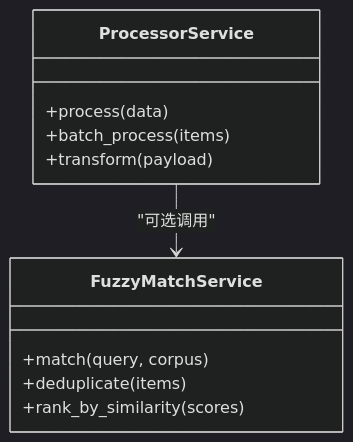
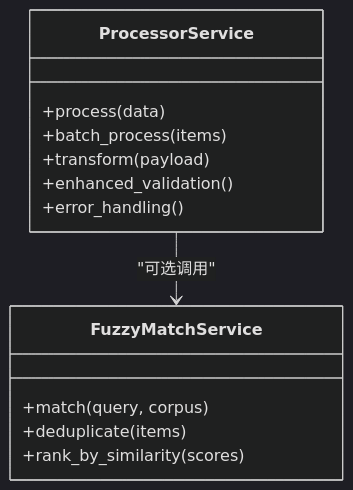
Before and after one commit to xufuyu/Lumen: the seventh of 11 diagrams in .qoder/repowiki/zh/content/后端开发/后端架构设计.md, drawn with Mermaid (dark theme). The commit also changed other lines of this file and 43 other files, not shown here.

````diff
--- a/.qoder/repowiki/zh/content/后端开发/后端架构设计.md
+++ b/.qoder/repowiki/zh/content/后端开发/后端架构设计.md
@@ -367,14 +380,16 @@
 ```mermaid
 classDiagram
 class ProcessorService {
 +process(data)
 +batch_process(items)
 +transform(payload)
++enhanced_validation()
++error_handling()
 }
 class FuzzyMatchService {
 +match(query, corpus)
 +deduplicate(items)
 +rank_by_similarity(scores)
 }
 ProcessorService --> FuzzyMatchService : "可选调用"
 ```
````
